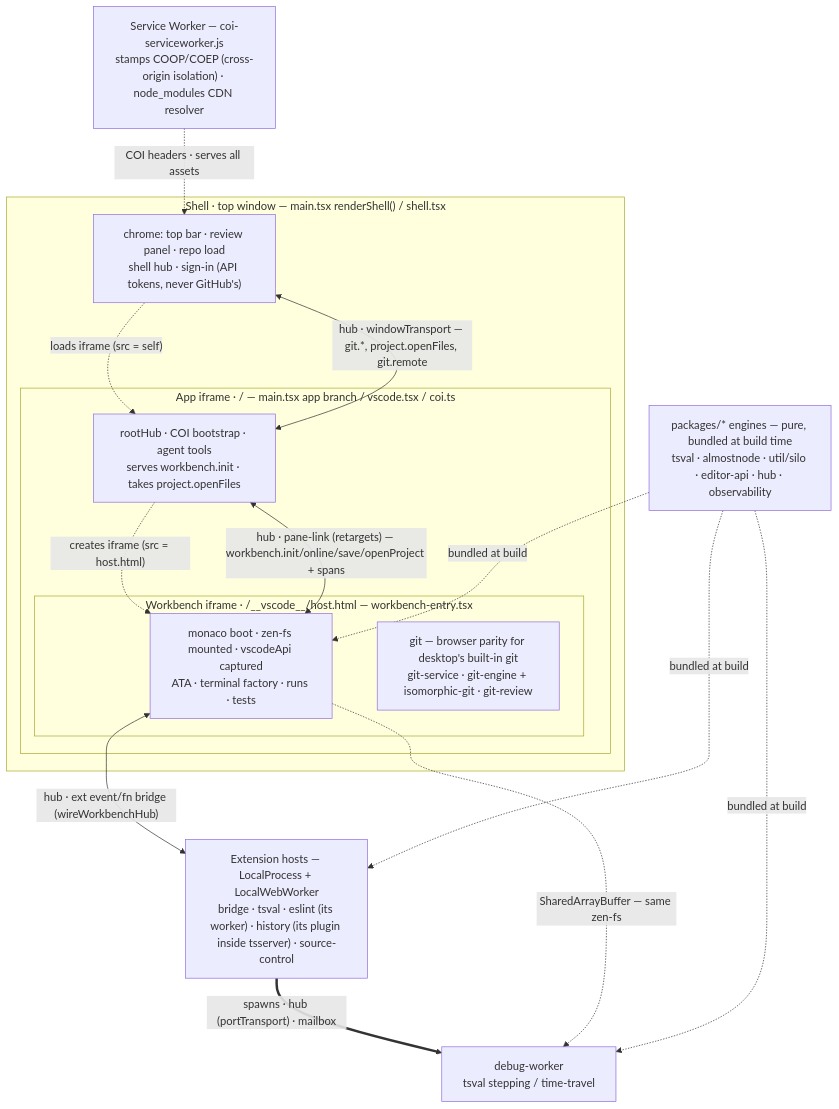
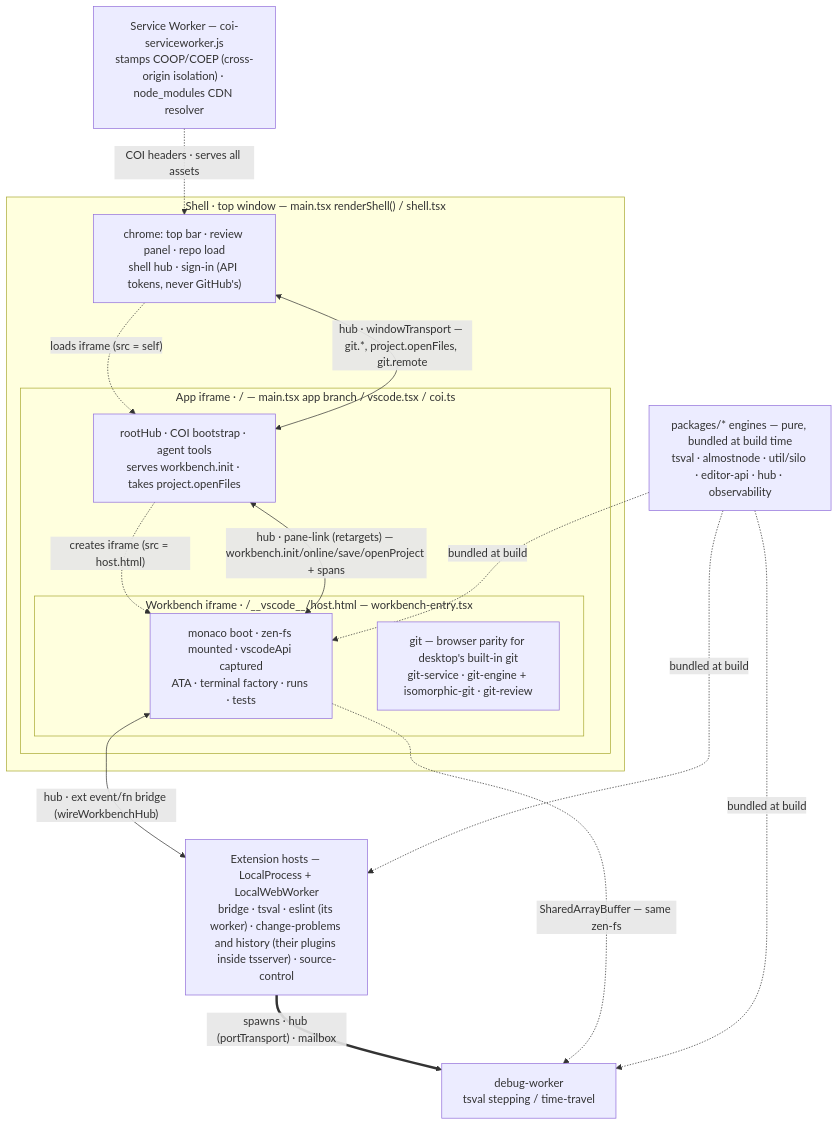
Before and after one commit to brianjenkins94/editor: the diagram in packages/editor/ARCHITECTURE.md, drawn with Mermaid. The commit also changed other lines of this file and 15 other files, not shown here.

````diff
--- a/packages/editor/ARCHITECTURE.md
+++ b/packages/editor/ARCHITECTURE.md
@@ -167,34 +167,34 @@
 ```mermaid
 flowchart TB
   SW["Service Worker — coi-serviceworker.js<br/>stamps COOP/COEP (cross-origin isolation) · node_modules CDN resolver"]
 
   subgraph SHELL["Shell · top window — main.tsx renderShell() / shell.tsx"]
     S["chrome: top bar · review panel · repo load<br/>shell hub · sign-in (API tokens, never GitHub's)"]
     subgraph APP["App iframe · / — main.tsx app branch / vscode.tsx / coi.ts"]
       A["rootHub · COI bootstrap · agent tools<br/>serves workbench.init · takes project.openFiles"]
       subgraph WB["Workbench iframe · /__vscode__/host.html — workbench-entry.tsx"]
         W["monaco boot · zen-fs mounted · vscodeApi captured<br/>ATA · terminal factory · runs · tests"]
         GIT["git — browser parity for desktop's built-in git<br/>git-service · git-engine + isomorphic-git · git-review"]
       end
     end
   end
 
-  EXT["Extension hosts — LocalProcess + LocalWebWorker<br/>bridge · tsval · eslint (its worker) · history (its plugin inside tsserver) · source-control"]
+  EXT["Extension hosts — LocalProcess + LocalWebWorker<br/>bridge · tsval · eslint (its worker) · change-problems and history (their plugins inside tsserver) · source-control"]
   DW["debug-worker<br/>tsval stepping / time-travel"]
   PKG["packages/* engines — pure, bundled at build time<br/>tsval · almostnode · util/silo · editor-api · hub · observability"]
 
   S -.->|"loads iframe (src = self)"| A
   A -.->|"creates iframe (src = host.html)"| W
 
   S <-->|"hub · windowTransport — git.*, project.openFiles, git.remote"| A
   A <-->|"hub · pane-link (retargets) — workbench.init/online/save/openProject + spans"| W
   W <-->|"hub · ext event/fn bridge (wireWorkbenchHub)"| EXT
 
   EXT ==>|"spawns · hub (portTransport) · mailbox"| DW
   W -.->|"SharedArrayBuffer — same zen-fs"| DW
 
   SW -.->|"COI headers · serves all assets"| S
   PKG -.->|"bundled at build"| W
   PKG -.->|"bundled at build"| EXT
   PKG -.->|"bundled at build"| DW
 ```
````
